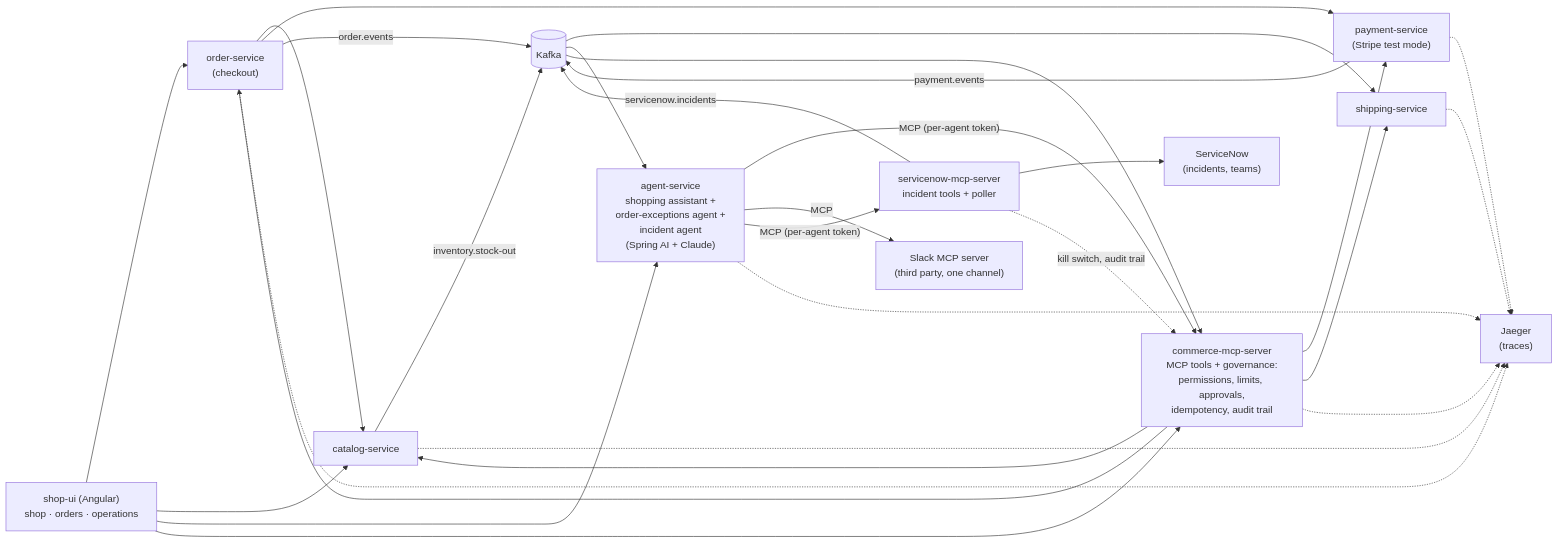
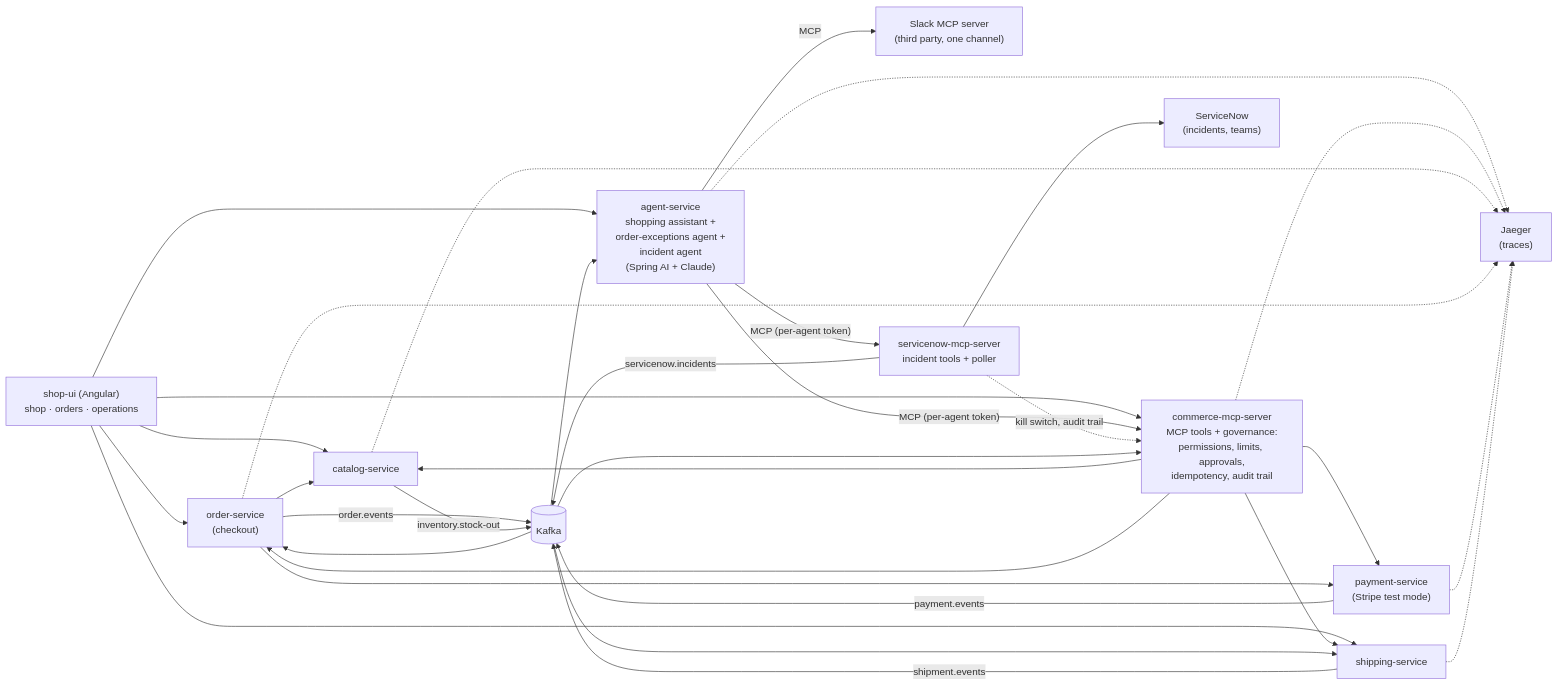
Before and after one commit to exepex/spring-ai-agentic-commerce: the diagram in README.md, drawn with Mermaid. The commit also changed other lines of this file and 44 other files, not shown here.

````diff
--- a/README.md
+++ b/README.md
@@ -31,30 +31,31 @@
 ```mermaid
 flowchart LR
     ui["shop-ui (Angular)<br/>shop · orders · operations"]
     agent["agent-service<br/>shopping assistant +<br/>order-exceptions agent +<br/>incident agent<br/>(Spring AI + Claude)"]
     mcp["commerce-mcp-server<br/>MCP tools + governance:<br/>permissions, limits, approvals,<br/>idempotency, audit trail"]
     slack["Slack MCP server<br/>(third party, one channel)"]
     snmcp["servicenow-mcp-server<br/>incident tools + poller"]
     snow["ServiceNow<br/>(incidents, teams)"]
     catalog["catalog-service"]
     orders["order-service<br/>(checkout)"]
     payments["payment-service<br/>(Stripe test mode)"]
     shipping["shipping-service"]
     kafka[("Kafka")]
     jaeger["Jaeger<br/>(traces)"]
 
-    ui --> orders & catalog & agent & mcp
+    ui --> orders & catalog & shipping & agent & mcp
     agent -- "MCP (per-agent token)" --> mcp
     agent -- MCP --> slack
     agent -- "MCP (per-agent token)" --> snmcp
     snmcp --> snow
     snmcp -. "kill switch, audit trail" .-> mcp
     snmcp -- servicenow.incidents --> kafka
     mcp --> catalog & orders & payments & shipping
     orders --> catalog & payments
     orders -- order.events --> kafka
+    shipping -- shipment.events --> kafka
     payments -- payment.events --> kafka
     catalog -- inventory.stock-out --> kafka
-    kafka --> shipping & agent & mcp
+    kafka --> orders & shipping & agent & mcp
     agent & mcp & catalog & orders & payments & shipping -.-> jaeger
 ```
````
